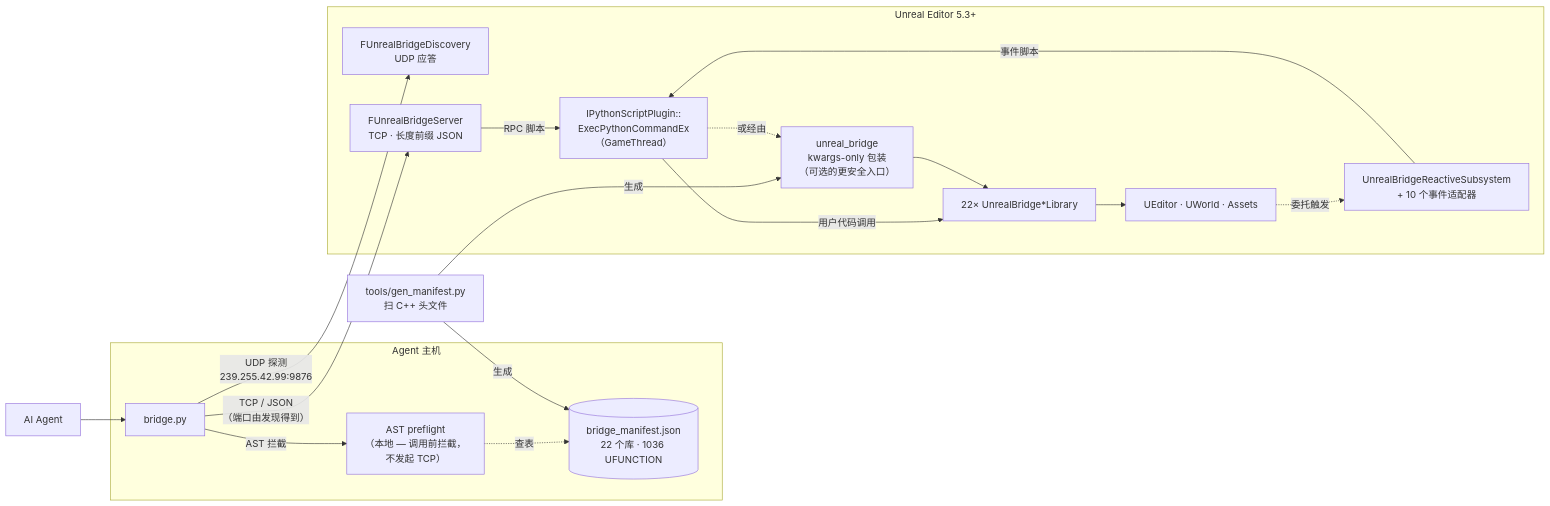
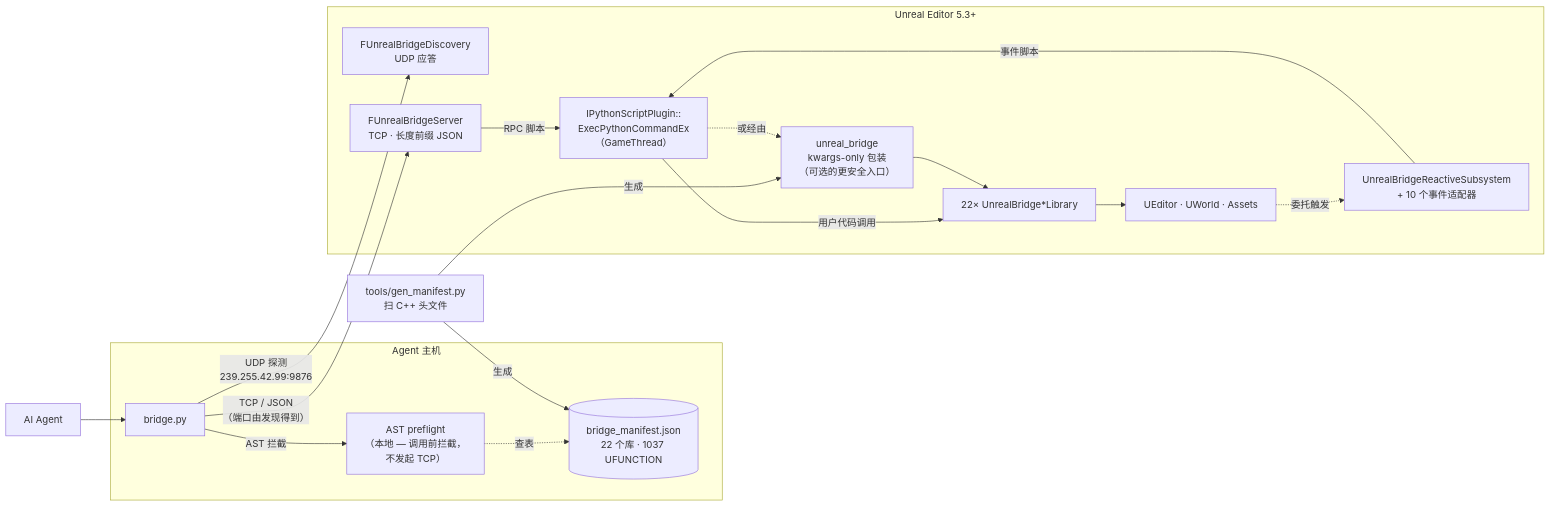
One commit to Tommy1213888/UnrealBridge changed the diagram in README.zh-CN.md. Above: the diagram before and after it, drawn with Mermaid. The commit also changed other lines of this file and 6 other files, not shown here.

````diff
--- a/README.zh-CN.md
+++ b/README.zh-CN.md
@@ -41,40 +41,40 @@
 ```mermaid
 flowchart LR
     Agent["AI Agent"]
 
     subgraph Host["Agent 主机"]
       CLI["bridge.py"]
       Pre["AST preflight<br/>（本地 — 调用前拦截，<br/>不发起 TCP）"]
-      Mani[("bridge_manifest.json<br/>22 个库 · 1036 UFUNCTION")]
+      Mani[("bridge_manifest.json<br/>22 个库 · 1037 UFUNCTION")]
     end
 
     Gen["tools/gen_manifest.py<br/>扫 C++ 头文件"]
 
     subgraph UE["Unreal Editor 5.3+"]
       Disc["FUnrealBridgeDiscovery<br/>UDP 应答"]
       Server["FUnrealBridgeServer<br/>TCP · 长度前缀 JSON"]
       Reactive["UnrealBridgeReactiveSubsystem<br/>+ 10 个事件适配器"]
       Exec["IPythonScriptPlugin::<br/>ExecPythonCommandEx<br/>（GameThread）"]
       Wrap["unreal_bridge<br/>kwargs-only 包装<br/>（可选的更安全入口）"]
       Libs["22× UnrealBridge*Library"]
       Engine["UEditor · UWorld · Assets"]
     end
 
     Agent --> CLI
     CLI -- "AST 拦截" --> Pre
     Pre -. "查表" .-> Mani
 
     Gen -- "生成" --> Mani
     Gen -- "生成" --> Wrap
 
     CLI -- "UDP 探测<br/>239.255.42.99:9876" --> Disc
     CLI -- "TCP / JSON<br/>（端口由发现得到）" --> Server
     Server -- "RPC 脚本" --> Exec
     Engine -. "委托触发" .-> Reactive
     Reactive -- "事件脚本" --> Exec
 
     Exec -- "用户代码调用" --> Libs
     Exec -. "或经由" .-> Wrap
     Wrap --> Libs
     Libs --> Engine
 ```
````
